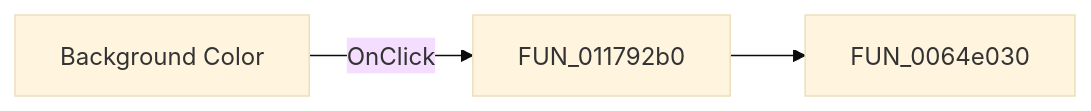
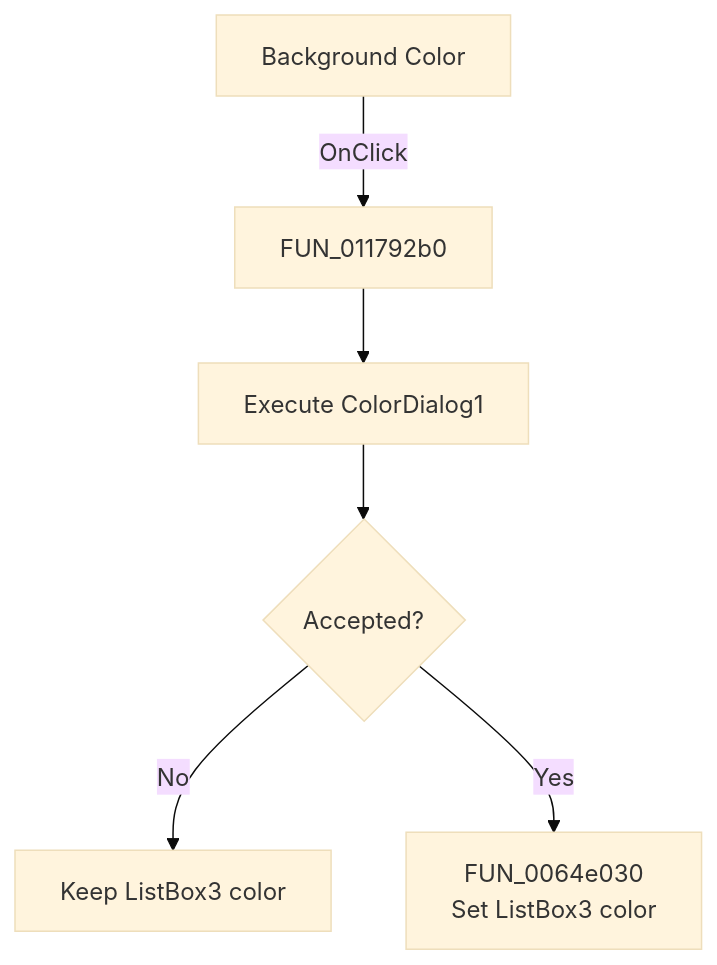
The diagram in docs/ui-controls/response-form1/backcolor3-427a7696f7.md (MovGP0/TIARA), drawn with Mermaid (base theme) before and after one commit. The commit also changed other lines of this file and 1062 other files, not shown here.

````diff
--- a/docs/ui-controls/response-form1/backcolor3-427a7696f7.md
+++ b/docs/ui-controls/response-form1/backcolor3-427a7696f7.md
@@ -27,5 +27,8 @@
 ```mermaid
-flowchart LR
+flowchart TD
     control["Background Color"] -->|OnClick| handler["FUN_011792b0"]
-    handler --> call1["FUN_0064e030"]
+    handler --> dialog["Execute ColorDialog1"]
+    dialog --> accepted{"Accepted?"}
+    accepted -->|No| keep["Keep ListBox3 color"]
+    accepted -->|Yes| apply["FUN_0064e030<br/>Set ListBox3 color"]
 ```
````
